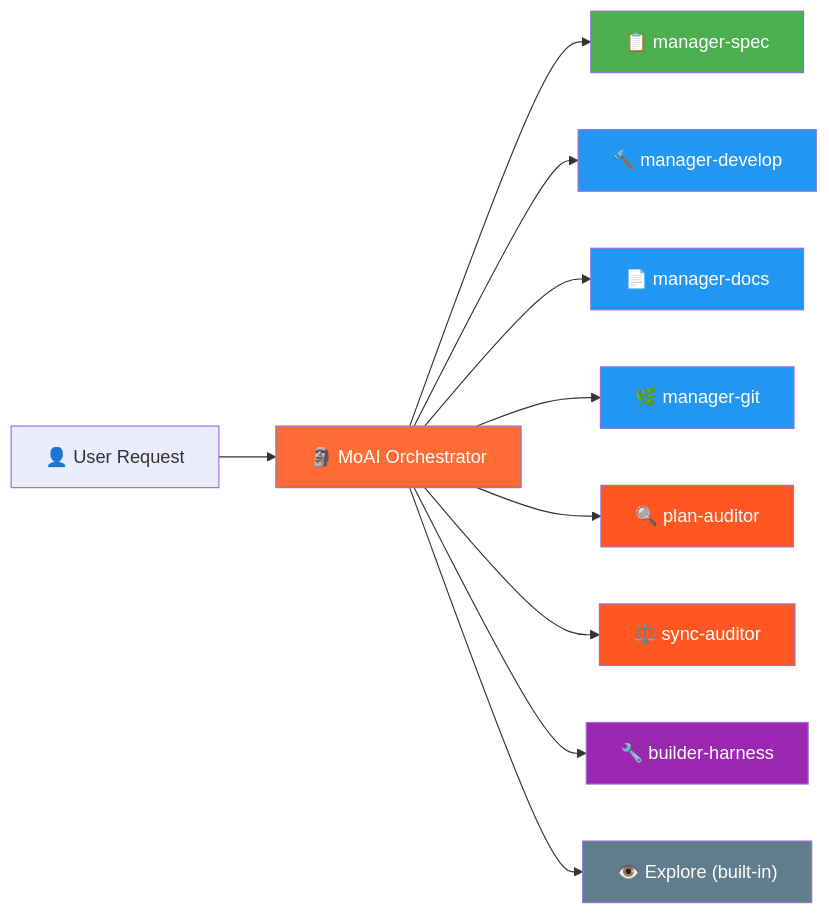
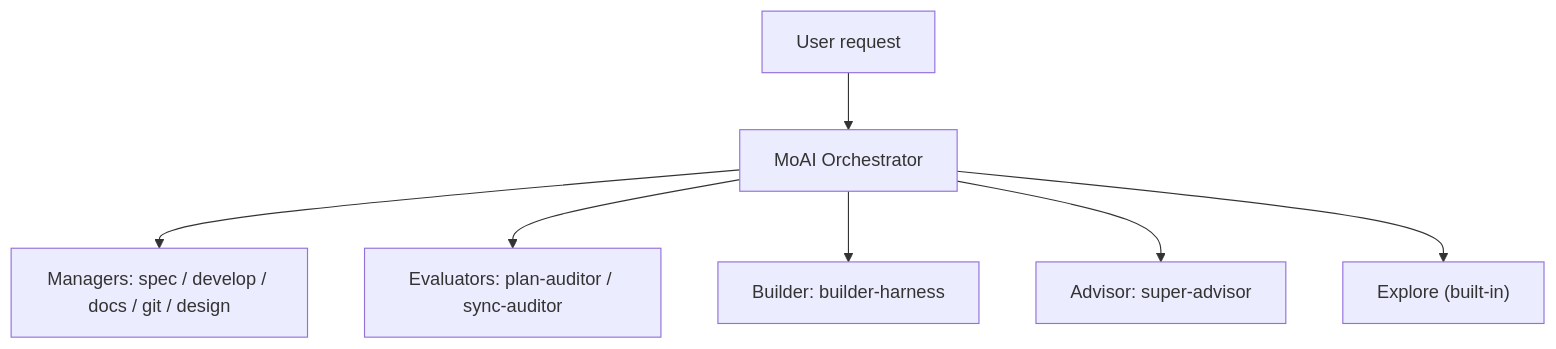
The third of 5 diagrams in README.md (modu-ai/moai-adk), drawn with Mermaid before and after one commit. The commit also changed other lines of this file and 395 other files, not shown here.

````diff
--- a/README.md
+++ b/README.md
@@ -268,23 +370,9 @@
 ```mermaid
-graph LR
-    U["👤 User Request"] --> M["🗿 MoAI Orchestrator"]
-
-    M --> MS["📋 manager-spec"]
-    M --> MD["🔨 manager-develop"]
-    M --> MDoc["📄 manager-docs"]
-    M --> MG["🌿 manager-git"]
-    M --> PA["🔍 plan-auditor"]
-    M --> SA["⚖️ sync-auditor"]
-    M --> BH["🔧 builder-harness"]
-    M --> EX["👁️ Explore (built-in)"]
-
-    style M fill:#FF6B35,color:#fff
-    style MS fill:#4CAF50,color:#fff
-    style MD fill:#2196F3,color:#fff
-    style MDoc fill:#2196F3,color:#fff
-    style MG fill:#2196F3,color:#fff
-    style PA fill:#FF5722,color:#fff
-    style SA fill:#FF5722,color:#fff
-    style BH fill:#9C27B0,color:#fff
-    style EX fill:#607D8B,color:#fff
+flowchart TD
+    U["User request"] --> M["MoAI Orchestrator"]
+    M --> MG1["Managers: spec / develop / docs / git / design"]
+    M --> EV["Evaluators: plan-auditor / sync-auditor"]
+    M --> BD["Builder: builder-harness"]
+    M --> AD["Advisor: super-advisor"]
+    M --> EX["Explore (built-in)"]
 ```
````
